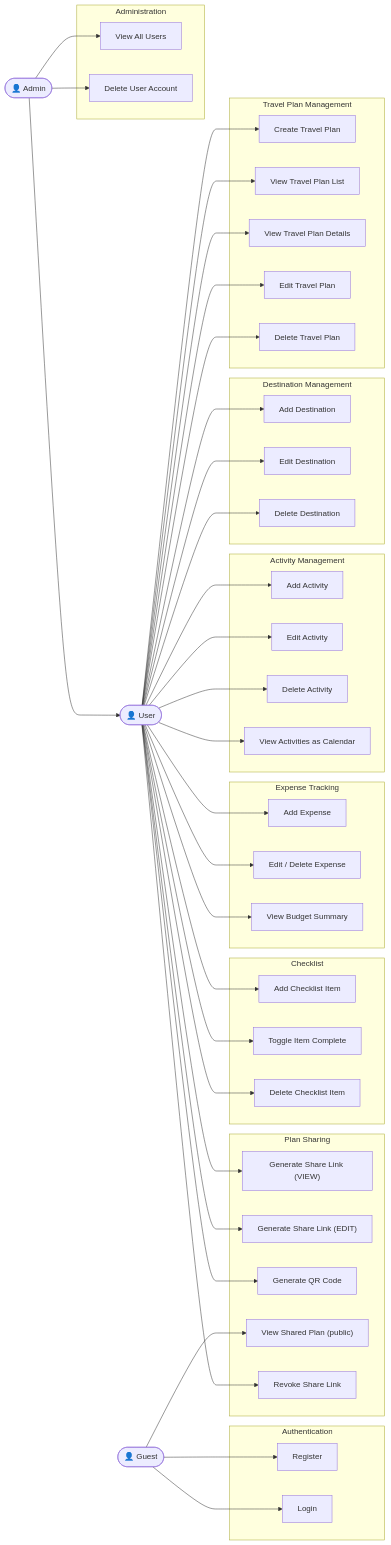
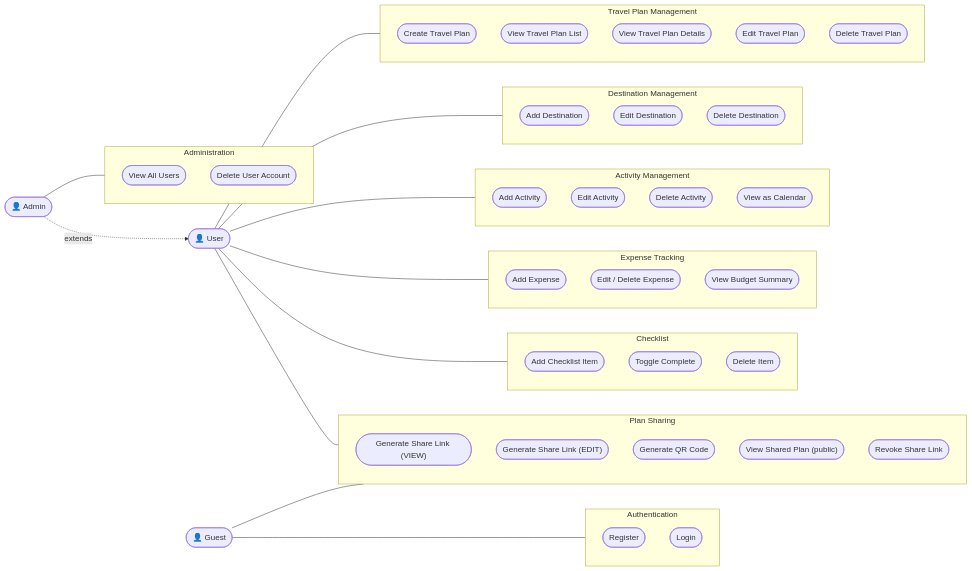
One commit to am574/WEB-2-Projekat changed the diagram in docs/usecase-diagram.md. Above: the diagram before and after it, drawn with Mermaid. The commit also changed 4 other files, not shown here.

Commit message:
Added diagram pictures and setup files

````diff
--- a/docs/usecase-diagram.md
+++ b/docs/usecase-diagram.md
@@ -16,85 +16,68 @@
     User(["👤 User"])
     Admin(["👤 Admin"])
 
+    Admin -.->|extends| User
+
     subgraph Auth["Authentication"]
-        UC1["Register"]
-        UC2["Login"]
+        UC1(["Register"])
+        UC2(["Login"])
     end
 
     subgraph Plans["Travel Plan Management"]
-        UC3["Create Travel Plan"]
-        UC4["View Travel Plan List"]
-        UC5["View Travel Plan Details"]
-        UC6["Edit Travel Plan"]
-        UC7["Delete Travel Plan"]
+        UC3(["Create Travel Plan"])
+        UC4(["View Travel Plan List"])
+        UC5(["View Travel Plan Details"])
+        UC6(["Edit Travel Plan"])
+        UC7(["Delete Travel Plan"])
     end
 
     subgraph Destinations["Destination Management"]
-        UC8["Add Destination"]
-        UC9["Edit Destination"]
-        UC10["Delete Destination"]
+        UC8(["Add Destination"])
+        UC9(["Edit Destination"])
+        UC10(["Delete Destination"])
     end
 
     subgraph Activities["Activity Management"]
-        UC11["Add Activity"]
-        UC12["Edit Activity"]
-        UC13["Delete Activity"]
-        UC14["View Activities as Calendar"]
+        UC11(["Add Activity"])
+        UC12(["Edit Activity"])
+        UC13(["Delete Activity"])
+        UC14(["View as Calendar"])
     end
 
     subgraph Expenses["Expense Tracking"]
-        UC15["Add Expense"]
-        UC16["Edit / Delete Expense"]
-        UC17["View Budget Summary"]
+        UC15(["Add Expense"])
+        UC16(["Edit / Delete Expense"])
+        UC17(["View Budget Summary"])
     end
 
     subgraph Checklist["Checklist"]
-        UC18["Add Checklist Item"]
-        UC19["Toggle Item Complete"]
-        UC20["Delete Checklist Item"]
+        UC18(["Add Checklist Item"])
+        UC19(["Toggle Complete"])
+        UC20(["Delete Item"])
     end
 
     subgraph Sharing["Plan Sharing"]
-        UC21["Generate Share Link (VIEW)"]
-        UC22["Generate Share Link (EDIT)"]
-        UC23["Generate QR Code"]
-        UC24["View Shared Plan (public)"]
-        UC25["Revoke Share Link"]
+        UC21(["Generate Share Link (VIEW)"])
+        UC22(["Generate Share Link (EDIT)"])
+        UC23(["Generate QR Code"])
+        UC24(["View Shared Plan (public)"])
+        UC25(["Revoke Share Link"])
     end
 
     subgraph Administration["Administration"]
-        UC26["View All Users"]
-        UC27["Delete User Account"]
+        UC26(["View All Users"])
+        UC27(["Delete User Account"])
     end
 
-    Guest --> UC1
-    Guest --> UC2
-    Guest --> UC24
+    Guest --- Auth
+    Guest --- Sharing
 
-    User --> UC3
-    User --> UC4
-    User --> UC5
-    User --> UC6
-    User --> UC7
-    User --> UC8
-    User --> UC9
-    User --> UC10
-    User --> UC11
-    User --> UC12
-    User --> UC13
-    User --> UC14
-    User --> UC15
-    User --> UC16
-    User --> UC17
-    User --> UC18
-    User --> UC19
-    User --> UC20
-    User --> UC21
-    User --> UC22
-    User --> UC23
-    User --> UC25
+    User --- Plans
+    User --- Destinations
+    User --- Activities
+    User --- Expenses
+    User --- Checklist
+    User --- Sharing
 
-    Admin --> User
-    Admin --> UC26
-    Admin --> UC27
+    Admin --- Administration
 ```
````
